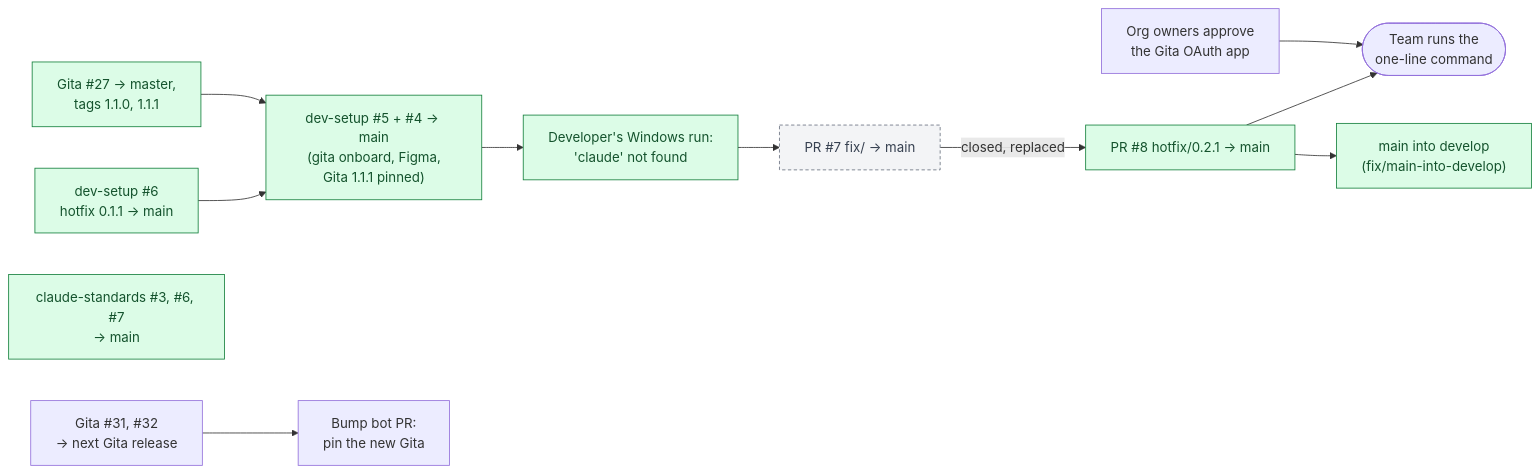
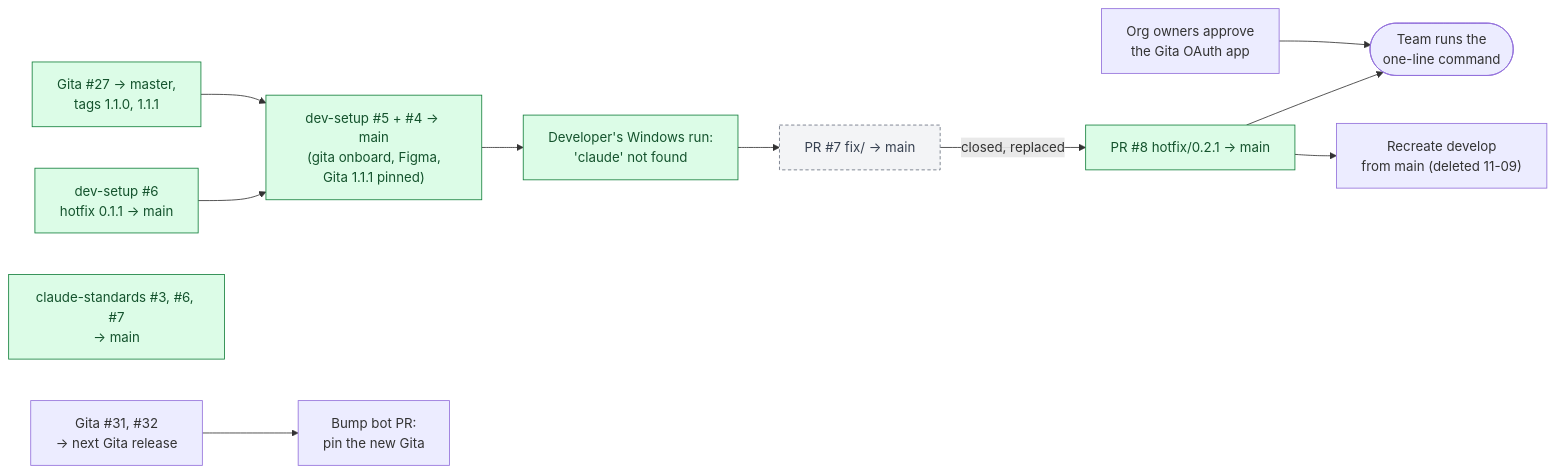
Before and after one commit to ThoughtBoxFinTechAI/dev-setup: diagram 12 of 12 in documents/Lifecycle and process flows.md, drawn with Mermaid. The commit also changed other lines of this file and 1 other file, not shown here.

Commit message:
docs(lifecycle): develop was deleted on GitHub; record it as a step for a person

````diff
--- a/documents/Lifecycle and process flows.md
+++ b/documents/Lifecycle and process flows.md
@@ -452,15 +452,15 @@
 ```mermaid
 flowchart LR
   P6["dev-setup #6<br/>hotfix 0.1.1 → main"]:::done --> P5
   G27["Gita #27 → master,<br/>tags 1.1.0, 1.1.1"]:::done --> P5["dev-setup #5 + #4 → main<br/>(gita onboard, Figma,<br/>Gita 1.1.1 pinned)"]:::done
   CS["claude-standards #3, #6, #7<br/>→ main"]:::done
   P5 --> RUN["Developer's Windows run:<br/>'claude' not found"]:::done
   RUN --> P7["PR #7 fix/ → main"]:::closed
   P7 -->|"closed, replaced"| P8["PR #8 hotfix/0.2.1 → main"]:::done
   P8 --> TEAM(["Team runs the<br/>one-line command"])
   APPROVE["Org owners approve<br/>the Gita OAuth app"] --> TEAM
-  P8 --> DEV["main into develop<br/>(fix/main-into-develop)"]:::done
+  P8 --> DEV["Recreate develop<br/>from main (deleted 11-09)"]
   G31["Gita #31, #32<br/>→ next Gita release"] --> BUMP["Bump bot PR:<br/>pin the new Gita"]
   classDef done fill:#dcfce7,stroke:#15803d,color:#14532d
   classDef closed fill:#f3f4f6,stroke:#6b7280,color:#374151,stroke-dasharray:4 3
 ```
````
